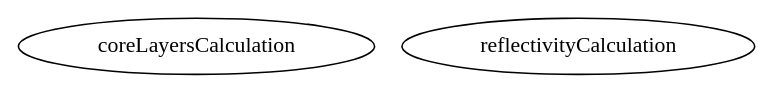
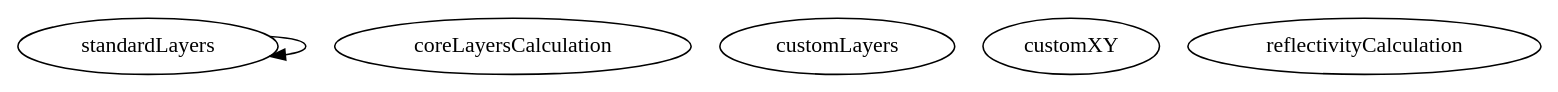
One commit to RascalSoftware/RAT changed the diagram in master/api_reference/targetFunctions/+nonPolarisedTF/graph.dot. Above: the diagram before and after it, drawn with Graphviz. The commit also changed 313 other files, not shown here.

```diff
--- a/master/api_reference/targetFunctions/+nonPolarisedTF/graph.dot
+++ b/master/api_reference/targetFunctions/+nonPolarisedTF/graph.dot
@@ -1,6 +1,10 @@
 /* Created by mdot for Matlab */
 digraph m2html {
+  standardLayers -> standardLayers;
 
   coreLayersCalculation [URL="coreLayersCalculation.html"];
+  customLayers [URL="customLayers.html"];
+  customXY [URL="customXY.html"];
   reflectivityCalculation [URL="reflectivityCalculation.html"];
+  standardLayers [URL="standardLayers.html"];
 }
```
